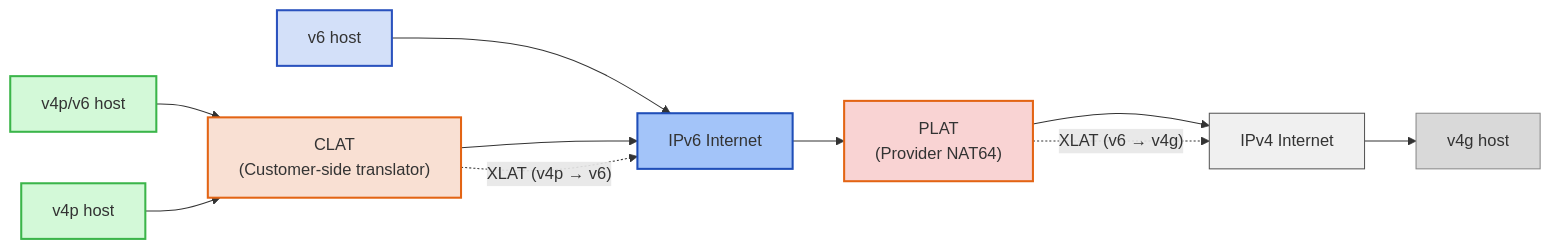
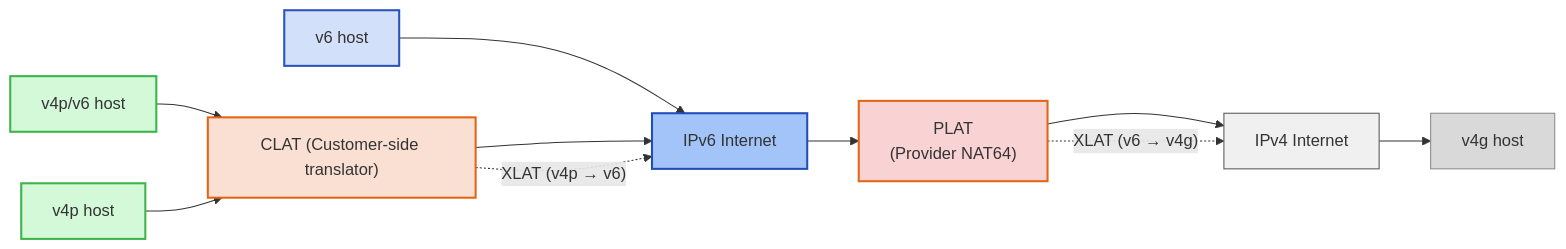
Before and after one commit to simonebortolin/bortolin.io: the fourth of 4 diagrams in docs/post/2026-03-21-cgnat-map-t-map-e-e-le-codifiche-di-caratteri/index.md, drawn with Mermaid. The commit also changed other lines of this file, not shown here.

Commit message:
Update mermaid diagram labels for clarity

````diff
--- a/docs/post/2026-03-21-cgnat-map-t-map-e-e-le-codifiche-di-caratteri/index.md
+++ b/docs/post/2026-03-21-cgnat-map-t-map-e-e-le-codifiche-di-caratteri/index.md
@@ -400,46 +400,46 @@
 ```mermaid
 flowchart LR
     %% Left side hosts
     V6H1["v6 host"]
     V4PV6["v4p/v6 host"]
     V4P["v4p host"]
 
     %% CLAT
-    CLAT["CLAT\n(Customer-side translator)"]
+    CLAT["CLAT (Customer-side translator)"]
 
     %% IPv6 Internet
     V6NET["IPv6 Internet"]
 
     %% PLAT
     PLAT["PLAT\n(Provider NAT64)"]
 
     %% IPv4 Internet
     V4NET["IPv4 Internet"]
 
     %% Right side host
     V4G["v4g host"]
 
     %% Connections (left to core)
     V6H1 --> V6NET
     V4PV6 --> CLAT
     V4P --> CLAT
 
     %% CLAT to IPv6
     CLAT --> V6NET
 
     %% Core path
     V6NET --> PLAT --> V4NET --> V4G
 
     %% Labels (logical flow)
     CLAT -. "XLAT (v4p → v6)" .-> V6NET
     PLAT -. "XLAT (v6 → v4g)" .-> V4NET
 
     style V6H1 fill:#d3e0f9,stroke:#2a52be,stroke-width:2px
     style V4PV6 fill:#d3f9d8,stroke:#3bb54a,stroke-width:2px
     style V4P fill:#d3f9d8,stroke:#3bb54a,stroke-width:2px
     style CLAT fill:#f9e0d3,stroke:#e36414,stroke-width:2px
     style V6NET fill:#a3c4f9,stroke:#1f4eb8,stroke-width:2px
     style PLAT fill:#f9d3d3,stroke:#e36414,stroke-width:2px
     style V4NET fill:#f0f0f0,stroke:#555,stroke-width:1px
     style V4G fill:#d9d9d9,stroke:#888,stroke-width:1px
 ```
````
